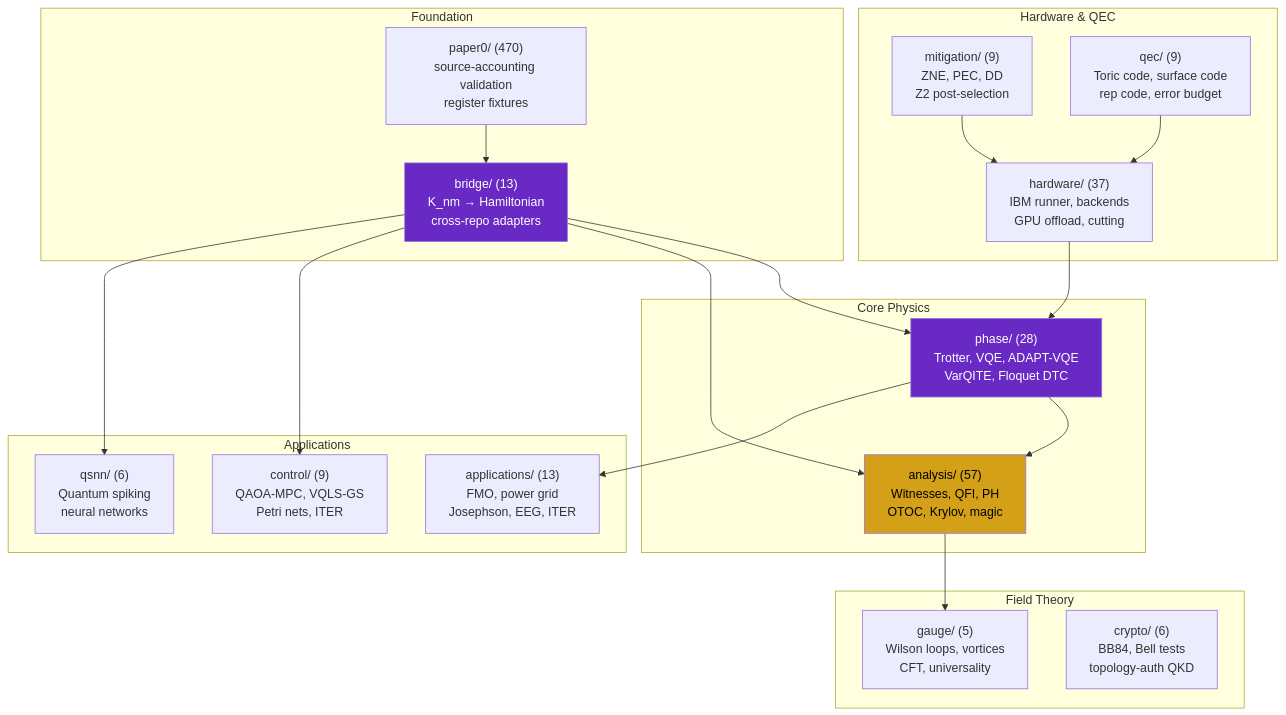
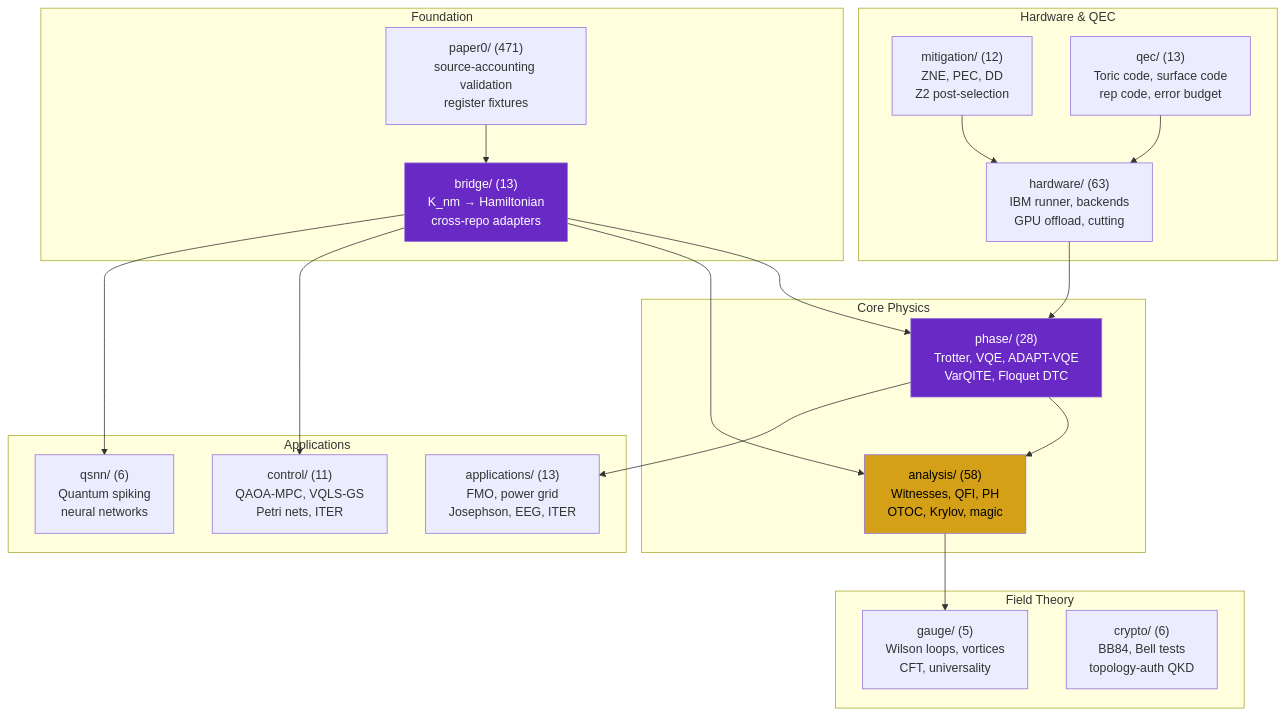
One commit to anulum/scpn-quantum-control changed the first of 2 diagrams in README.md. Above: the diagram before and after it, drawn with Mermaid. The commit also changed other lines of this file and 18 other files, not shown here.

````diff
--- a/README.md
+++ b/README.md
@@ -357,45 +357,45 @@
 ```mermaid
 graph TD
     subgraph Foundation
         bridge["bridge/ (13)\nK_nm → Hamiltonian\ncross-repo adapters"]
-        paper0["paper0/ (470)\nsource-accounting validation\nregister fixtures"]
+        paper0["paper0/ (471)\nsource-accounting validation\nregister fixtures"]
     end
 
     subgraph "Core Physics"
         phase["phase/ (28)\nTrotter, VQE, ADAPT-VQE\nVarQITE, Floquet DTC"]
-        analysis["analysis/ (57)\nWitnesses, QFI, PH\nOTOC, Krylov, magic"]
+        analysis["analysis/ (58)\nWitnesses, QFI, PH\nOTOC, Krylov, magic"]
     end
 
     subgraph "Applications"
-        control["control/ (9)\nQAOA-MPC, VQLS-GS\nPetri nets, ITER"]
+        control["control/ (11)\nQAOA-MPC, VQLS-GS\nPetri nets, ITER"]
         qsnn["qsnn/ (6)\nQuantum spiking\nneural networks"]
         apps["applications/ (13)\nFMO, power grid\nJosephson, EEG, ITER"]
     end
 
     subgraph "Hardware & QEC"
-        hw["hardware/ (37)\nIBM runner, backends\nGPU offload, cutting"]
-        mit["mitigation/ (9)\nZNE, PEC, DD\nZ2 post-selection"]
-        qec["qec/ (9)\nToric code, surface code\nrep code, error budget"]
+        hw["hardware/ (63)\nIBM runner, backends\nGPU offload, cutting"]
+        mit["mitigation/ (12)\nZNE, PEC, DD\nZ2 post-selection"]
+        qec["qec/ (13)\nToric code, surface code\nrep code, error budget"]
     end
 
     subgraph "Field Theory"
         gauge["gauge/ (5)\nWilson loops, vortices\nCFT, universality"]
         crypto["crypto/ (6)\nBB84, Bell tests\ntopology-auth QKD"]
     end
 
     bridge --> phase
     bridge --> analysis
     bridge --> control
     bridge --> qsnn
     paper0 --> bridge
     phase --> analysis
     phase --> apps
     hw --> phase
     mit --> hw
     qec --> hw
     analysis --> gauge
 
     style bridge fill:#6929C4,color:#fff
     style analysis fill:#d4a017,color:#000
     style phase fill:#6929C4,color:#fff
 ```
````
